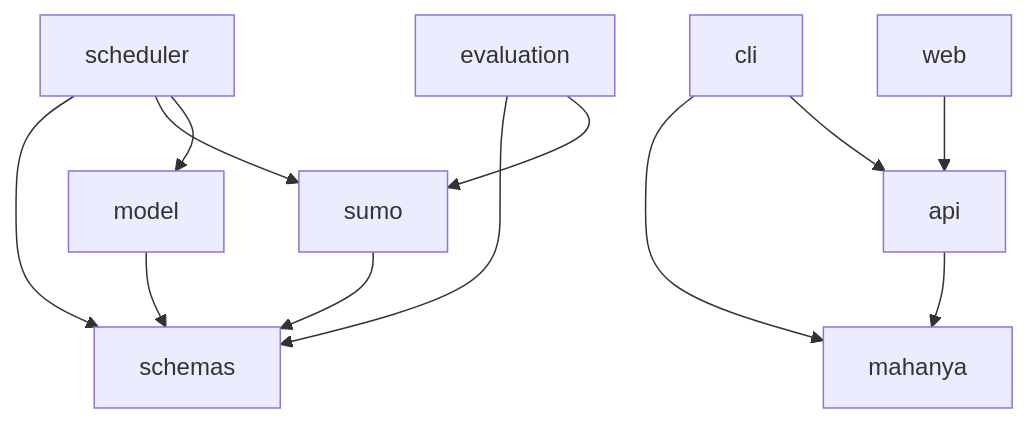
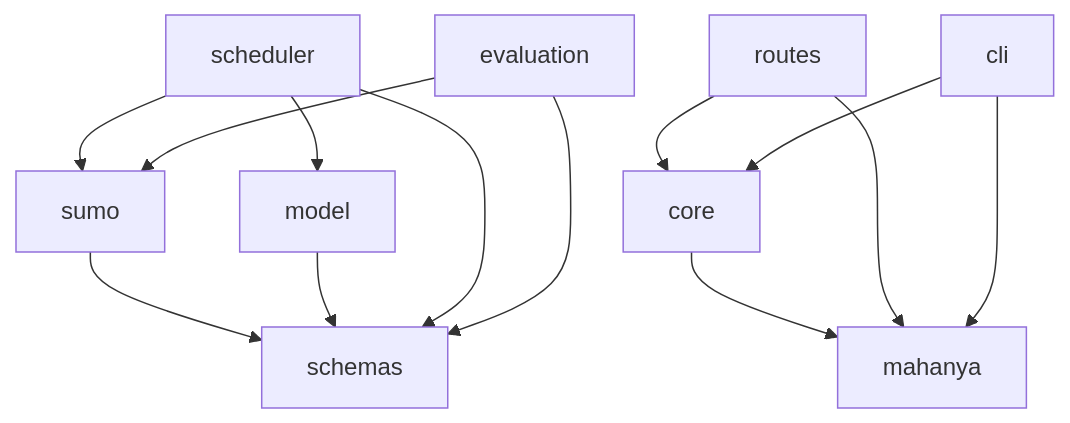
Before and after one commit to abdulazeezoj/mvp-mahanya: the second of 2 diagrams in docs/ARCHITECTURE.md, drawn with Mermaid. The commit also changed other lines of this file and 2 other files, not shown here.

First line of the commit message:
Split proposed source layout into top-level api/ and web/ projects

````diff
--- a/docs/ARCHITECTURE.md
+++ b/docs/ARCHITECTURE.md
@@ -135,15 +155,16 @@
 ```mermaid
 flowchart TD
     schemas[schemas] 
     sumo[sumo] --> schemas
     model[model] --> schemas
     scheduler[scheduler] --> schemas
     scheduler --> sumo
     scheduler --> model
     evaluation[evaluation] --> schemas
     evaluation --> sumo
-    api[api] --> mahanya[mahanya]
+    core[core] --> mahanya[mahanya]
+    routes[routes] --> mahanya
+    routes --> core
     cli[cli] --> mahanya
-    cli --> api
-    web[web] --> api
+    cli --> core
 ```
````
